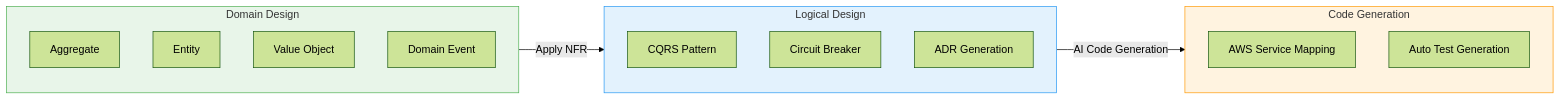
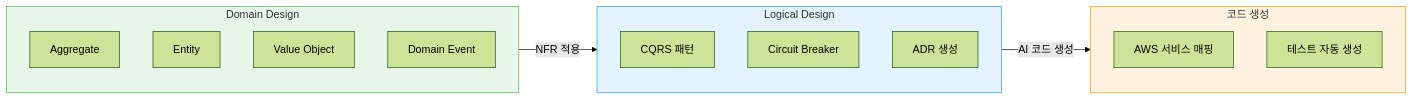
The third of 8 diagrams in i18n/en/docusaurus-plugin-content-docs/current/aidlc/aidlc-framework.md (devfloor9/engineering-playbook), drawn with Mermaid (forest theme) before and after one commit. The commit also changed other lines of this file and 95 other files, not shown here.

````diff
--- a/i18n/en/docusaurus-plugin-content-docs/current/aidlc/aidlc-framework.md
+++ b/i18n/en/docusaurus-plugin-content-docs/current/aidlc/aidlc-framework.md
@@ -371,27 +364,27 @@
 ```mermaid
 graph LR
-    subgraph DD["Domain Design"]
-        AGG["Aggregate"]
-        ENT["Entity"]
-        VO["Value Object"]
-        DE["Domain Event"]
-    end
+ subgraph DD["Domain Design"]
+ AGG["Aggregate"]
+ ENT["Entity"]
+ VO["Value Object"]
+ DE["Domain Event"]
+ end
 
-    subgraph LD["Logical Design"]
-        CQRS["CQRS Pattern"]
-        CB["Circuit Breaker"]
-        ADR["ADR Generation"]
-    end
+ subgraph LD["Logical Design"]
+ CQRS["CQRS 패턴"]
+ CB["Circuit Breaker"]
+ ADR["ADR 생성"]
+ end
 
-    subgraph CG["Code Generation"]
-        AWS["AWS Service Mapping"]
-        TEST["Auto Test Generation"]
-    end
+ subgraph CG["코드 생성"]
+ AWS["AWS 서비스 매핑"]
+ TEST["테스트 자동 생성"]
+ end
 
-    DD -->|Apply NFR| LD
-    LD -->|AI Code Generation| CG
+ DD -->|NFR 적용| LD
+ LD -->|AI 코드 생성| CG
 
-    style DD fill:#e8f5e9,stroke:#4caf50
-    style LD fill:#e3f2fd,stroke:#2196f3
-    style CG fill:#fff3e0,stroke:#ff9800
+ style DD fill:#e8f5e9,stroke:#4caf50
+ style LD fill:#e3f2fd,stroke:#2196f3
+ style CG fill:#fff3e0,stroke:#ff9800
 ```
````
